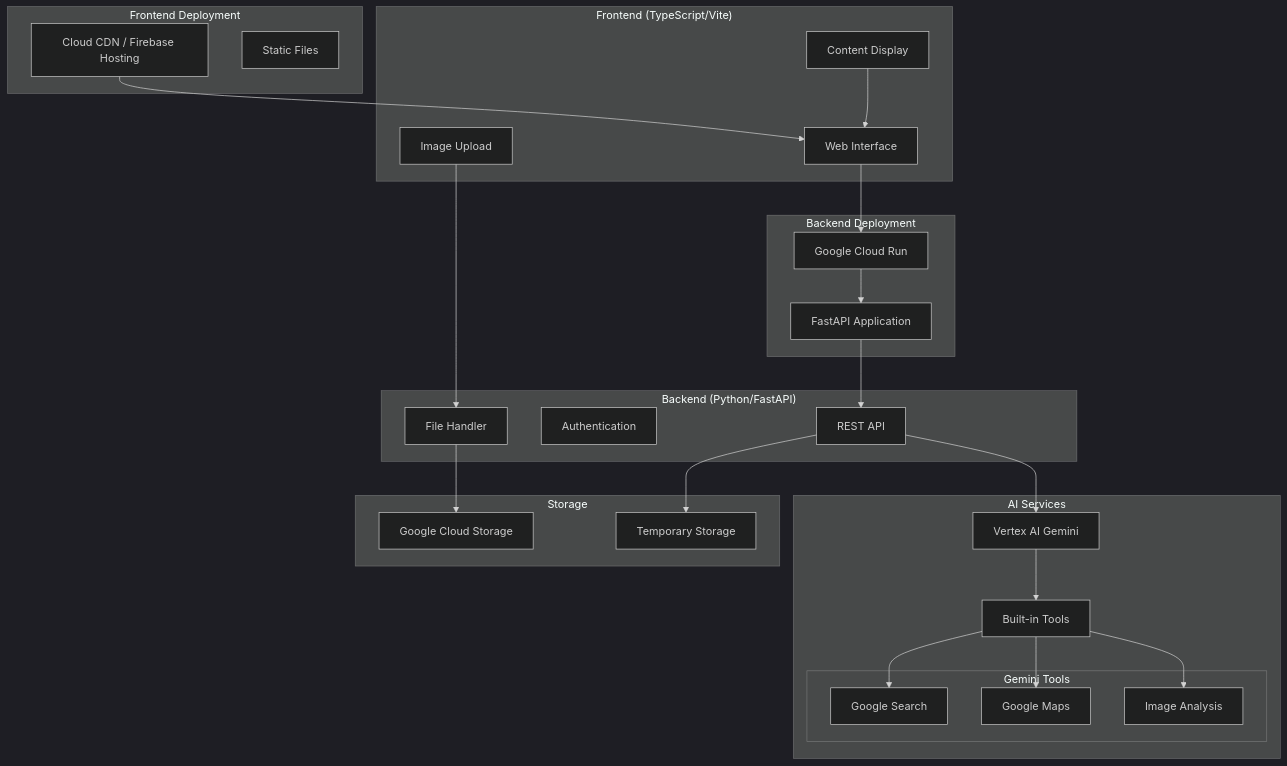
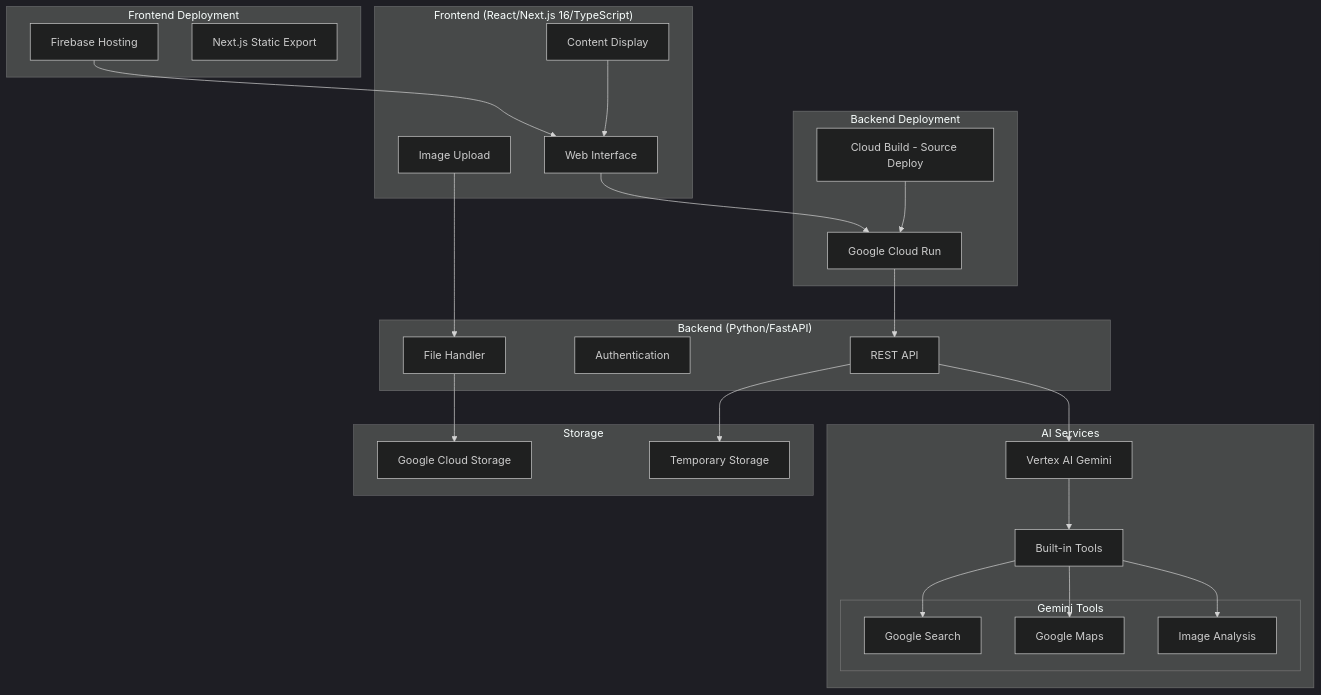
One commit to Narumikr/ai-hackathon-4th changed the first of 2 diagrams in .kiro/specs/historical-travel-agent/design.md. Above: the diagram before and after it, drawn with Mermaid (dark theme). The commit also changed other lines of this file and 1 other file, not shown here.

First line of the commit message:
Finalize design with Docker, local DB, and Next.js 16

````diff
--- a/.kiro/specs/historical-travel-agent/design.md
+++ b/.kiro/specs/historical-travel-agent/design.md
@@ -15,54 +15,54 @@
 ```mermaid
 graph TB
     subgraph "Frontend Deployment"
-        CDN[Cloud CDN / Firebase Hosting]
-        StaticFiles[Static Files]
+        Firebase[Firebase Hosting]
+        StaticFiles[Next.js Static Export]
     end
     
-    subgraph "Frontend (TypeScript/Vite)"
+    subgraph "Frontend (React/Next.js 16/TypeScript)"
         UI[Web Interface]
         Upload[Image Upload]
         Display[Content Display]
     end
     
     subgraph "Backend Deployment"
         CloudRun[Google Cloud Run]
-        FastAPI[FastAPI Application]
+        CloudBuild[Cloud Build - Source Deploy]
     end
     
     subgraph "Backend (Python/FastAPI)"
         API[REST API]
         Auth[Authentication]
         FileHandler[File Handler]
     end
     
     subgraph "AI Services"
         Gemini[Vertex AI Gemini]
         Tools[Built-in Tools]
         subgraph "Gemini Tools"
             Search[Google Search]
             Maps[Google Maps]
             Vision[Image Analysis]
         end
     end
     
     subgraph "Storage"
         CloudStorage[Google Cloud Storage]
         TempStorage[Temporary Storage]
     end
     
-    CDN --> UI
+    Firebase --> UI
     UI --> CloudRun
-    CloudRun --> FastAPI
-    FastAPI --> API
+    CloudBuild --> CloudRun
+    CloudRun --> API
     Upload --> FileHandler
     API --> Gemini
     Gemini --> Tools
     Tools --> Search
     Tools --> Maps
     Tools --> Vision
     FileHandler --> CloudStorage
     API --> TempStorage
     
     Display --> UI
 ```
````
